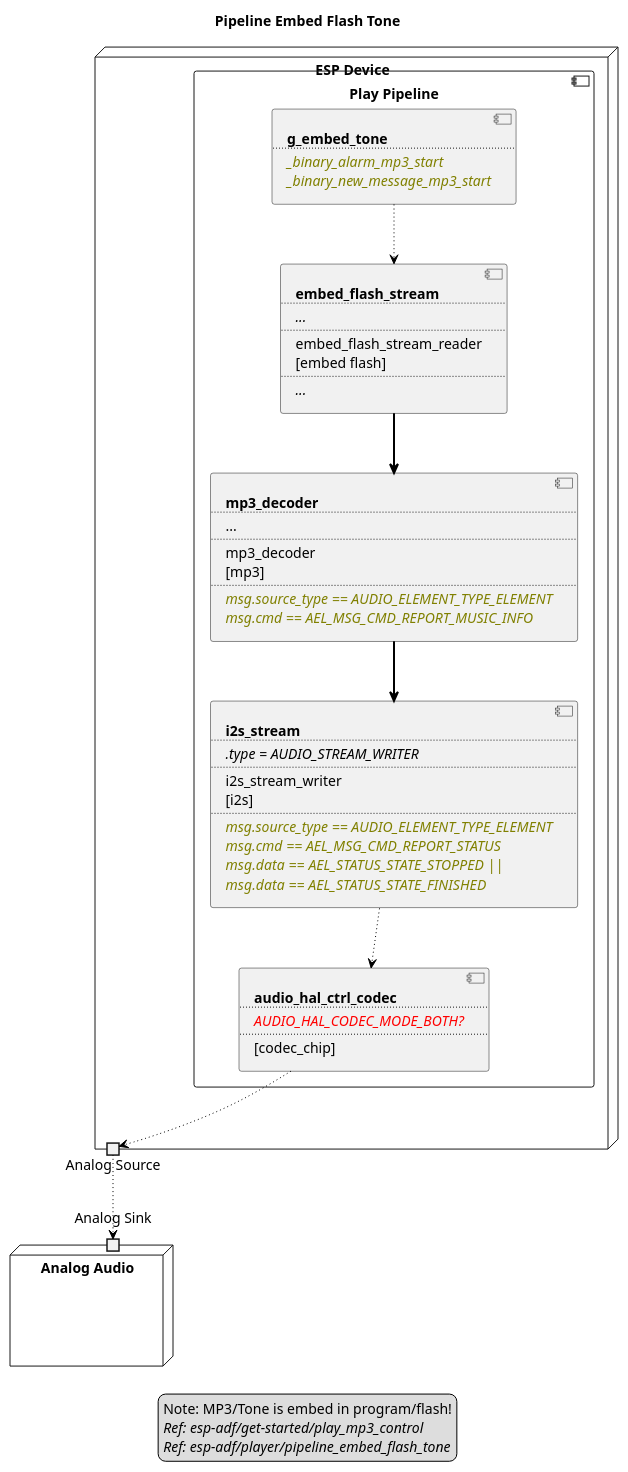
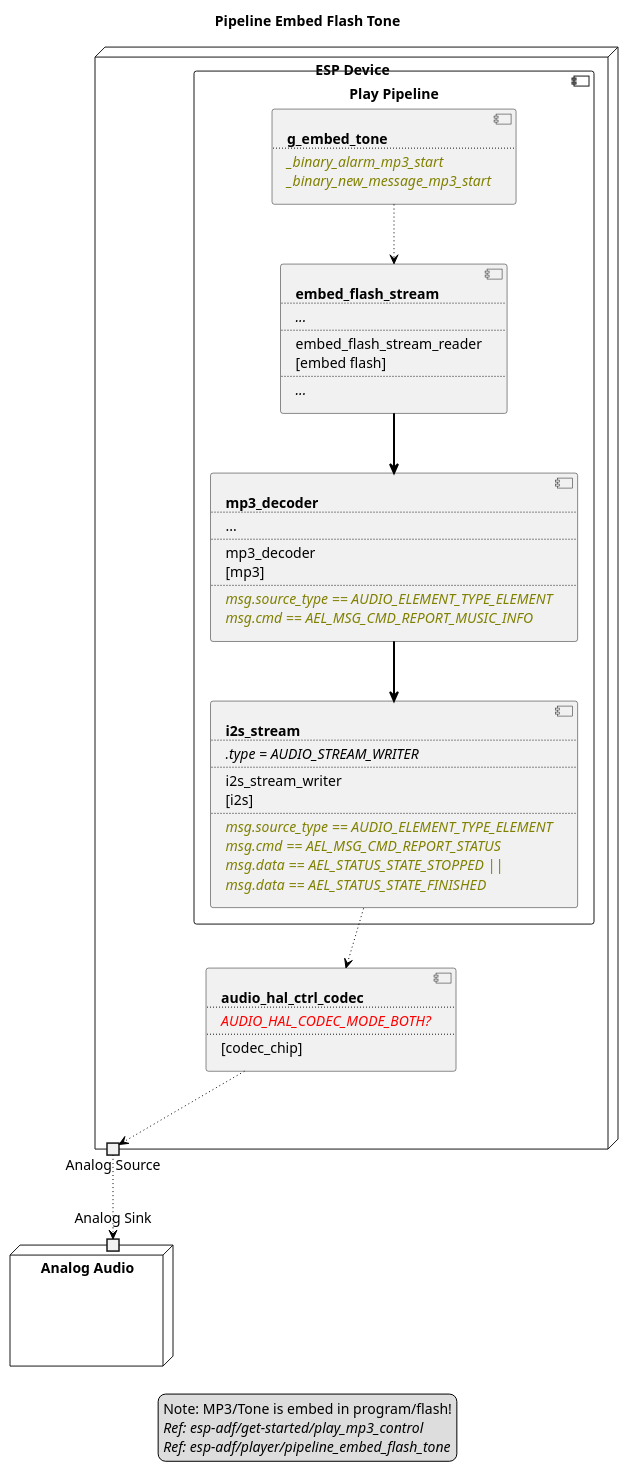
Before and after one commit to liang-zhu-zi/open-audio-adapter: the diagram in examples/esp-adf/player/pipeline_embed_flash_tone/audio-stream-diagram.plantuml, drawn with PlantUML. The commit also changed 13 other files, not shown here.

Commit message:
add audio flow chart

```diff
--- a/examples/esp-adf/player/pipeline_embed_flash_tone/audio-stream-diagram.plantuml
+++ b/examples/esp-adf/player/pipeline_embed_flash_tone/audio-stream-diagram.plantuml
@@ -1,82 +1,82 @@
 @startuml pipeline_embed_flash_tone
 title Pipeline Embed Flash Tone
 allowmixing
 
 legend
 Note: MP3/Tone is embed in program/flash!
 //Ref: esp-adf/get-started/play_mp3_control//
 //Ref: esp-adf/player/pipeline_embed_flash_tone//
 end legend
 
 node "ESP Device" as ESPDevice {
 
     component "Play Pipeline" as PlayPipeline {
         component GEmbedTone [
             <b>g_embed_tone
             ....
             <i><color olive>_binary_alarm_mp3_start
             <i><color olive>_binary_new_message_mp3_start
         ]
 
         component EmbedFlashStream [
             <b>embed_flash_stream
             ....
             <i>...
             ....
             embed_flash_stream_reader
             [embed flash]
             ....
             <i>...
         ]
 
         component Mp3Decoder [
             <b>mp3_decoder
             ....
             ...
             ....
             mp3_decoder
             [mp3]
             ....
             <i><color olive>msg.source_type == AUDIO_ELEMENT_TYPE_ELEMENT
             <i><color olive>msg.cmd == AEL_MSG_CMD_REPORT_MUSIC_INFO
         ]
 
         component I2SStream [
             <b>i2s_stream
             ....
             <i>.type = AUDIO_STREAM_WRITER
             ....
             i2s_stream_writer
             [i2s]
             ....
             <i><color olive>msg.source_type == AUDIO_ELEMENT_TYPE_ELEMENT
             <i><color olive>msg.cmd == AEL_MSG_CMD_REPORT_STATUS
             <i><color olive>msg.data == AEL_STATUS_STATE_STOPPED ||
             <i><color olive>msg.data == AEL_STATUS_STATE_FINISHED
         ]
+    }
 
-        component HALCodec [
-            <b>audio_hal_ctrl_codec
-            ....
-            <i><color red>AUDIO_HAL_CODEC_MODE_BOTH?
-            ....
-            [codec_chip]
-        ]
-    }
+    component HALCodec [
+        <b>audio_hal_ctrl_codec
+        ....
+        <i><color red>AUDIO_HAL_CODEC_MODE_BOTH?
+        ....
+        [codec_chip]
+    ]
 
     portout "Analog Source" as AnalogSource
 } 
 
 node "Analog Audio" as AnalogAudio  {
     portin "Analog Sink" as AnalogSink
 }
 
 GEmbedTone --> EmbedFlashStream #line:black;line.dotted;text:black
 EmbedFlashStream --> Mp3Decoder #line:black;line.bold;text:black
 Mp3Decoder --> I2SStream        #line:black;line.bold;text:black
 I2SStream  --> HALCodec         #line:black;line.dotted;text:black
 HALCodec   --> AnalogSource     #line:black;line.dotted;text:black
 
 AnalogSource --> AnalogSink     #line:black;line.dotted;text:black
 
 @enduml
```
